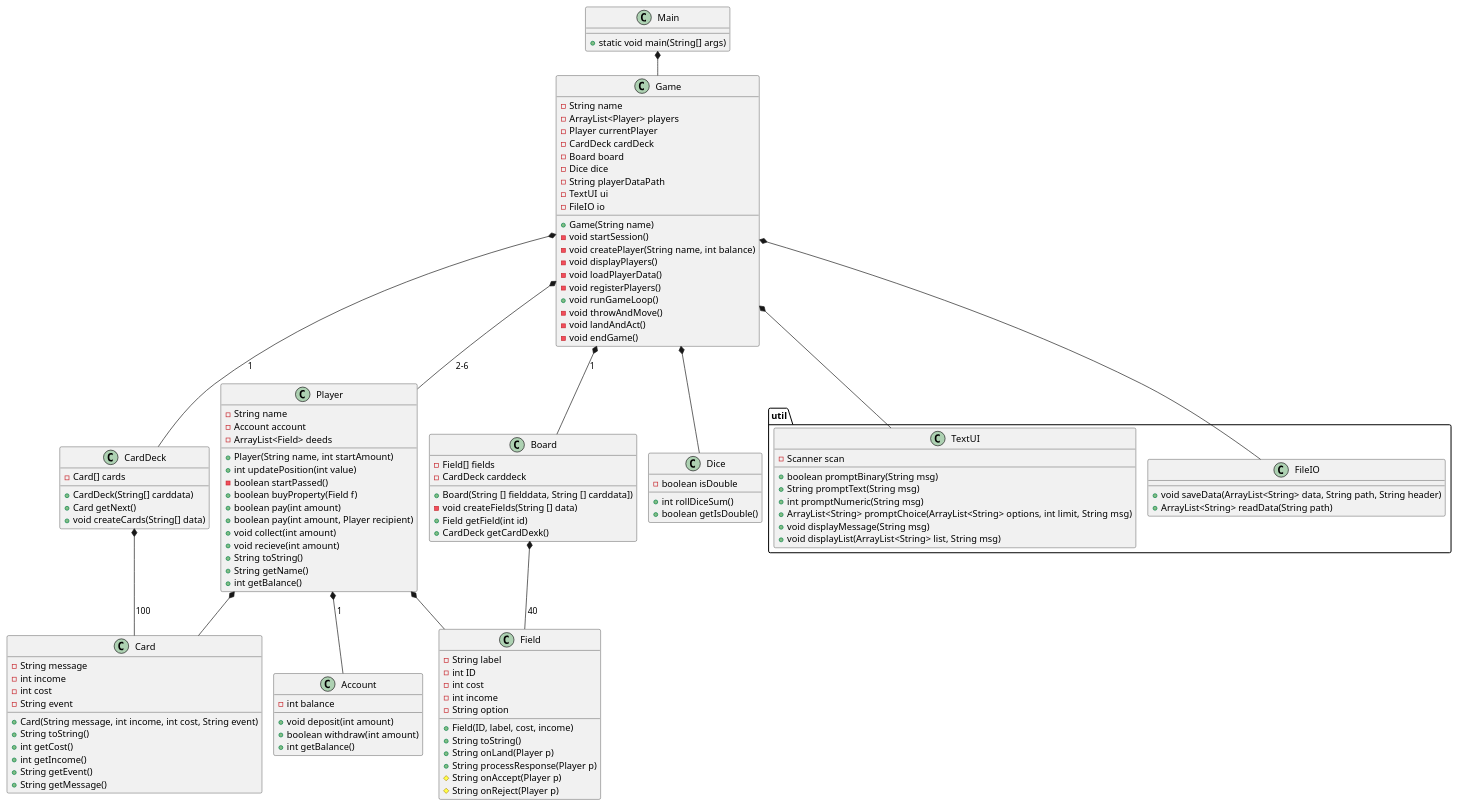
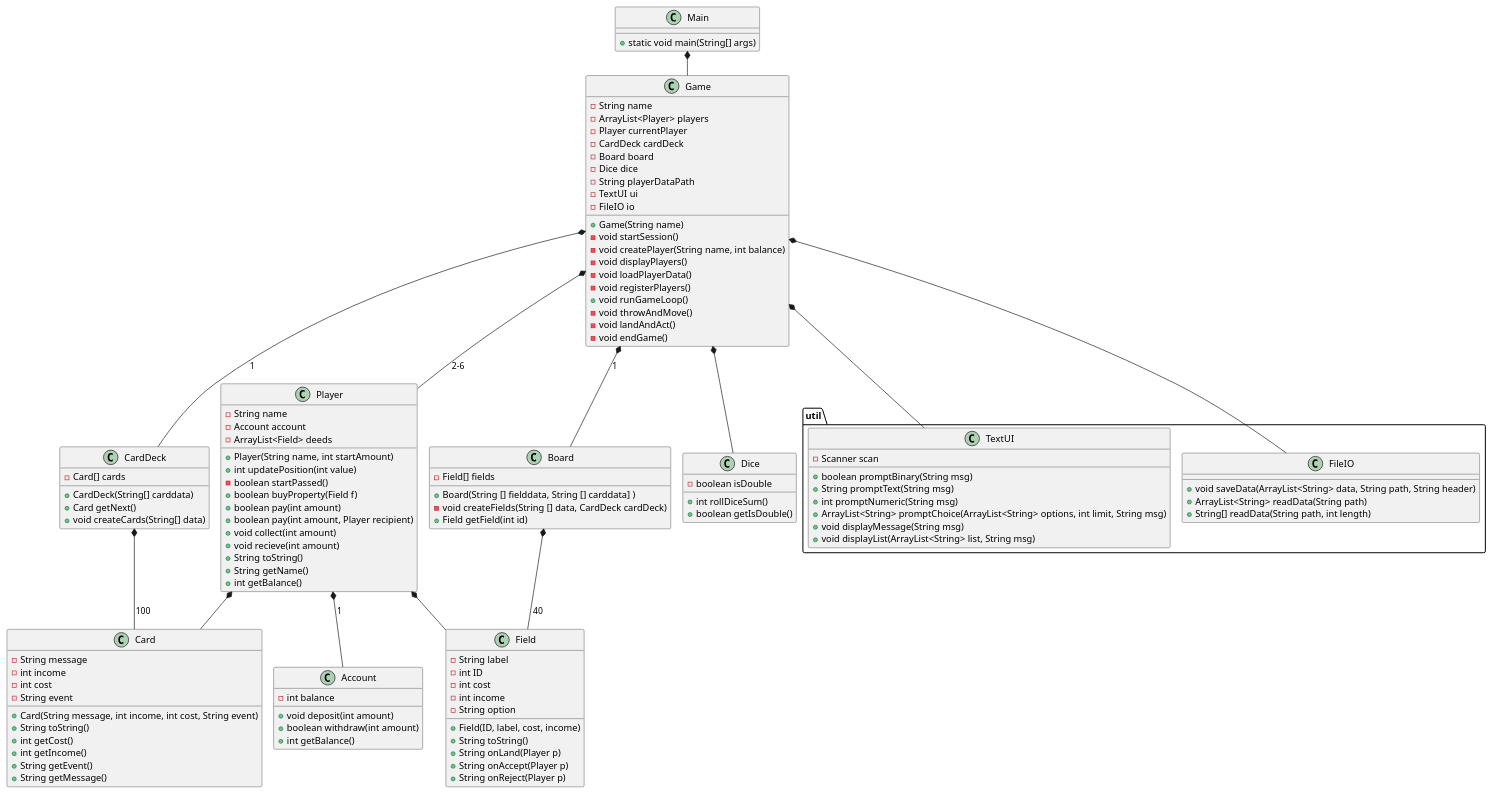
Before and after one commit to Dat1Cphbusiness/MonopolyF25: the diagram in doc/plan/static/classdiagram_v2.puml, drawn with PlantUML. The commit also changed 4 other files, not shown here.

```diff
--- a/doc/plan/static/classdiagram_v2.puml
+++ b/doc/plan/static/classdiagram_v2.puml
@@ -1,138 +1,138 @@
 @startuml
 !pragma layout smetana
 
 class Main{
 + static void main(String[] args)
 }
 
 
 
 
 class Game{
  - String name
  - ArrayList<Player> players
  - Player currentPlayer
  - CardDeck cardDeck
  - Board board
  - Dice dice
  'utilities
   - String playerDataPath
   - TextUI ui
   - FileIO io
   'Contructor
  + Game(String name)
  'Methods
  - void startSession()
  - void createPlayer(String name, int balance)
  - void displayPlayers()
   - void loadPlayerData()
  - void registerPlayers()
  + void runGameLoop()
  - void throwAndMove()
  - void landAndAct()
  - void endGame()
 
 }
 
 class Player{
 - String name
 - Account account
 - ArrayList<Field> deeds
 + Player(String name, int startAmount)
 + int updatePosition(int value)
 - boolean startPassed()
 + boolean buyProperty(Field f)
 + boolean pay(int amount)
 + boolean pay(int amount, Player recipient)
 + void collect(int amount)
 + void recieve(int amount)
 + String toString()
 + String getName()
 + int getBalance()
 }
 class Account{
 - int balance
 + void deposit(int amount)
 + boolean withdraw(int amount)
 + int getBalance()
 }
 
 
 
 class Field{
 - String label
  - int ID
  - int cost
  - int income
  - String option
  + Field(ID, label, cost, income)
  + String toString()
  + String onLand(Player p)
- + String processResponse(Player p)
- # String onAccept(Player p)
- # String onReject(Player p)
+ + String onAccept(Player p)
+ + String onReject(Player p)
 }
 class Board{
  - Field[] fields
- - CardDeck carddeck
- + Board(String [] fielddata, String [] carddata])
- - void createFields(String [] data)
+ + Board(String [] fielddata, String [] carddata] )
+'konstruktoren skal initialisere CardDeck med carddata som argument
+ - void createFields(String [] data, CardDeck cardDeck)
+ 'cardDeck skal senere sendes med som argument til statisk setCardDeck metode i Chance klassen
  + Field getField(int id)
- + CardDeck getCardDexk()
+
 }
 
 class CardDeck {
 - Card[] cards
 + CardDeck(String[] carddata)
 + Card getNext()
 + void createCards(String[] data)
 }
 class Card{
 -String message
 -int income
 -int cost
 -String event
 +Card(String message, int income, int cost, String event)
 +String toString()
 + int getCost()
 + int getIncome()
 + String getEvent()
 + String getMessage()
 }
 
 class Dice{
  - boolean isDouble
  +int rollDiceSum()
  +boolean getIsDouble()
  }
 package "util" {
 class TextUI {
 - Scanner scan
 + boolean promptBinary(String msg)
 + String promptText(String msg)
 + int promptNumeric(String msg)
 + ArrayList<String> promptChoice(ArrayList<String> options, int limit, String msg)
 + void displayMessage(String msg)
 + void displayList(ArrayList<String> list, String msg)
 }
 
 class FileIO{
 + void saveData(ArrayList<String> data, String path, String header)
 + ArrayList<String> readData(String path)
-}
++ String[] readData(String path, int length)
 }
 
 Game *-- TextUI
 Main *-- Game
 Game *-- Player: 2-6
 Game *-- FileIO
 Player *-- Account:1
 Game *-- Board:1
 Board *-- Field:40
 Game *-- CardDeck:1
 CardDeck *-- Card:100
 Game *-- Dice
 Player *-- Card
 Player *-- Field
 
 @enduml
```
